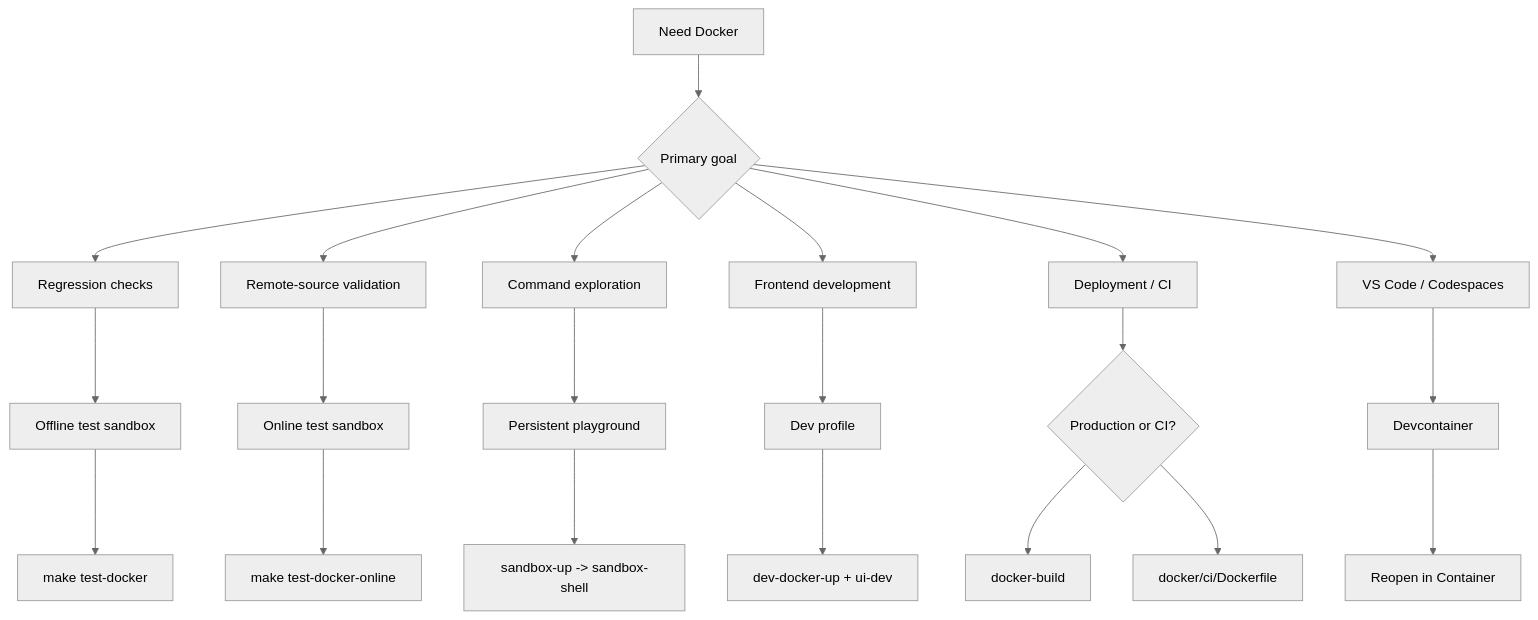
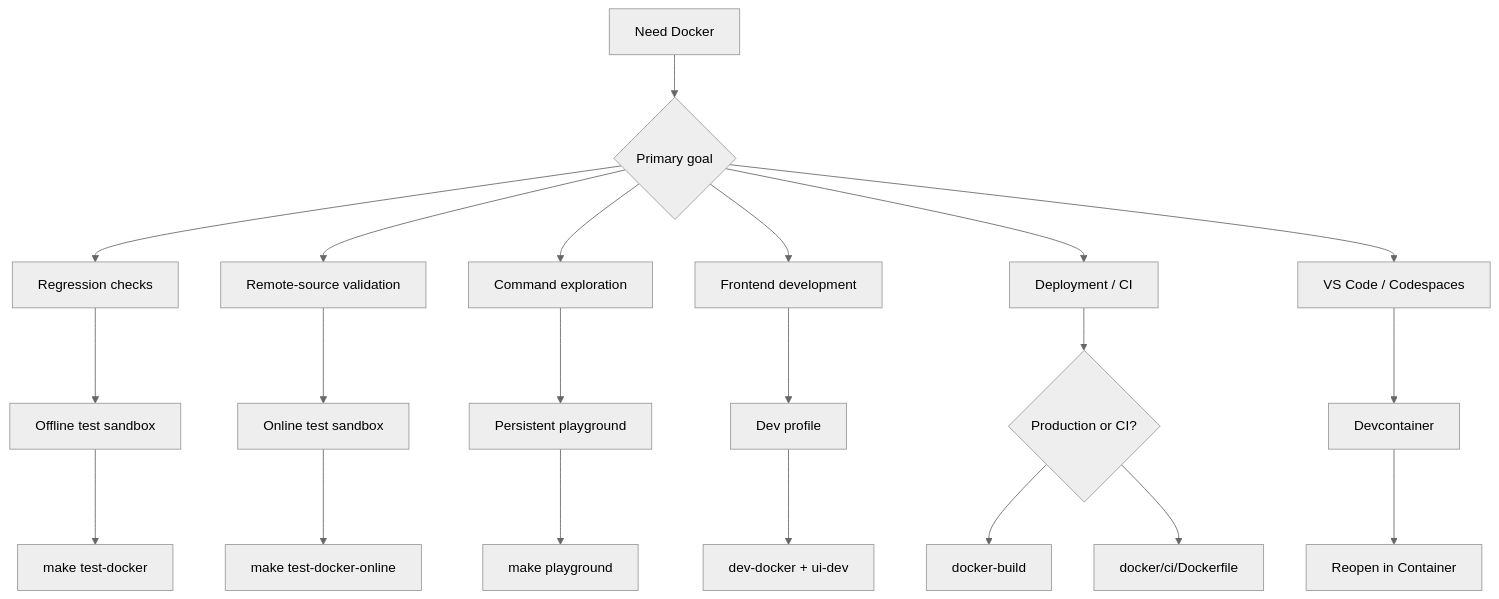
The diagram in website/docs/guides/docker-sandbox.md (xocasdashdash/skillshare), drawn with Mermaid (neutral theme) before and after one commit. The commit also changed other lines of this file and 11 other files, not shown here.

````diff
--- a/website/docs/guides/docker-sandbox.md
+++ b/website/docs/guides/docker-sandbox.md
@@ -11,29 +11,29 @@
 ```mermaid
 flowchart TD
 A["Need Docker"] --> B{"Primary goal"}
 B --> C["Regression checks"]
 B --> D["Remote-source validation"]
 B --> E["Command exploration"]
 B --> F["Frontend development"]
 B --> G["Deployment / CI"]
 B --> H["VS Code / Codespaces"]
 
 C --> C1["Offline test sandbox"]
 C1 --> C2["make test-docker"]
 
 D --> D1["Online test sandbox"]
 D1 --> D2["make test-docker-online"]
 
 E --> E1["Persistent playground"]
-E1 --> E2["sandbox-up -> sandbox-shell"]
+E1 --> E2["make playground"]
 
 F --> F1["Dev profile"]
-F1 --> F2["dev-docker-up + ui-dev"]
+F1 --> F2["dev-docker + ui-dev"]
 
 G --> G1{"Production or CI?"}
 G1 --> G2["docker-build"]
 G1 --> G3["docker/ci/Dockerfile"]
 
 H --> H1["Devcontainer"]
 H1 --> H2["Reopen in Container"]
 ```
````
